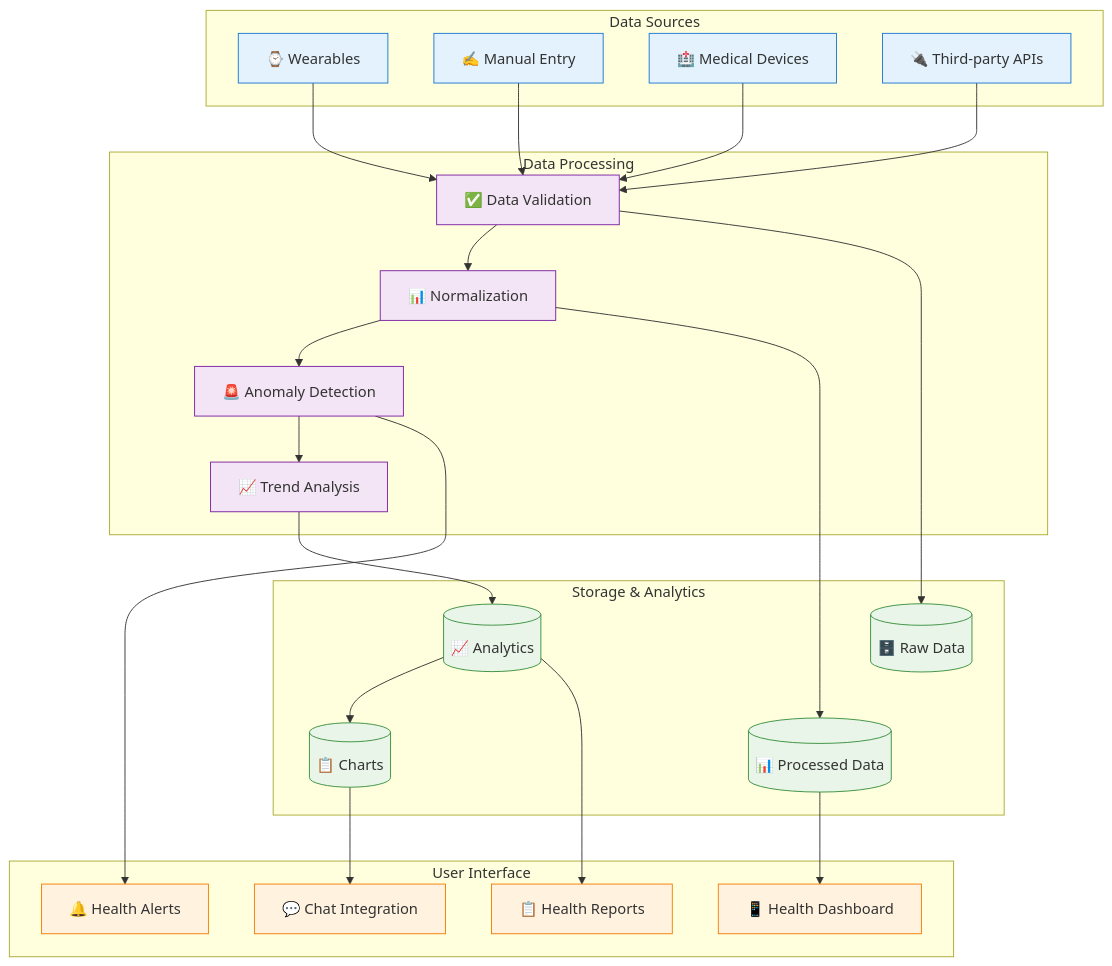
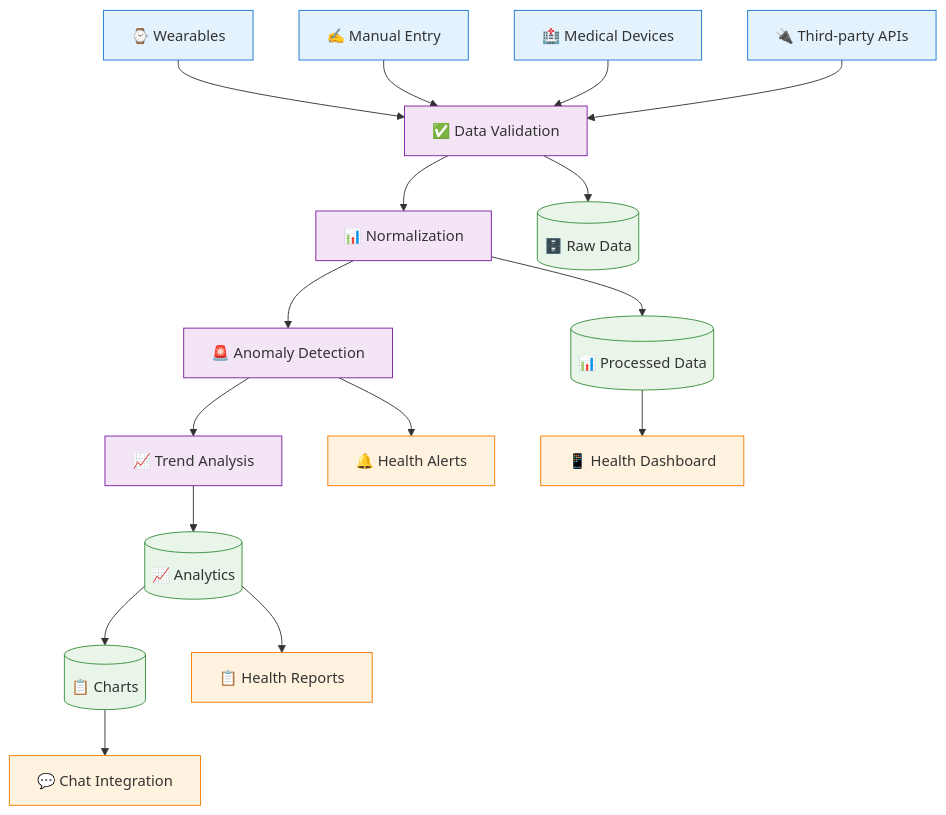
One commit to InflammAI/New-Inflamm-AI-AI changed the fifth of 5 diagrams in database-diagram.md. Above: the diagram before and after it, drawn with Mermaid. The commit also changed other lines of this file, not shown here.

Commit message:
Fix SciCast and Health Data Pipeline Mermaid diagrams
- Changed flowchart TD to graph TD for better compatibility
- Removed complex subgraphs that were causing rendering issues
- Simplified Health Data Pipeline structure
- Maintained all relationships and styling
- Improved diagram rendering across all Mermaid viewers

````diff
--- a/database-diagram.md
+++ b/database-diagram.md
@@ -233,61 +233,57 @@
 ```mermaid
 graph TB
-    subgraph "Data Sources"
-        Wearables[⌚ Wearables]
-        ManualEntry[✍️ Manual Entry]
-        MedicalDevices[🏥 Medical Devices]
-        ThirdPartyAPIs[🔌 Third-party APIs]
-    end
+    %% Data Sources
+    Wearables[⌚ Wearables]
+    ManualEntry[✍️ Manual Entry]
+    MedicalDevices[🏥 Medical Devices]
+    ThirdPartyAPIs[🔌 Third-party APIs]
     
-    subgraph "Data Processing"
-        DataValidation[✅ Data Validation]
-        Normalization[📊 Normalization]
-        AnomalyDetection[🚨 Anomaly Detection]
-        TrendAnalysis[📈 Trend Analysis]
-    end
+    %% Data Processing
+    DataValidation[✅ Data Validation]
+    Normalization[📊 Normalization]
+    AnomalyDetection[🚨 Anomaly Detection]
+    TrendAnalysis[📈 Trend Analysis]
     
-    subgraph "Storage & Analytics"
-        RawData[(🗄️ Raw Data)]
-        ProcessedData[(📊 Processed Data)]
-        Analytics[(📈 Analytics)]
-        Charts[(📋 Charts)]
-    end
+    %% Storage & Analytics
+    RawData[(🗄️ Raw Data)]
+    ProcessedData[(📊 Processed Data)]
+    Analytics[(📈 Analytics)]
+    Charts[(📋 Charts)]
     
-    subgraph "User Interface"
-        Dashboard[📱 Health Dashboard]
-        Alerts[🔔 Health Alerts]
-        Reports[📋 Health Reports]
-        ChatIntegration[💬 Chat Integration]
-    end
+    %% User Interface
+    Dashboard[📱 Health Dashboard]
+    Alerts[🔔 Health Alerts]
+    Reports[📋 Health Reports]
+    ChatIntegration[💬 Chat Integration]
     
     %% Data Flow
     Wearables --> DataValidation
     ManualEntry --> DataValidation
     MedicalDevices --> DataValidation
     ThirdPartyAPIs --> DataValidation
     
     DataValidation --> Normalization
     Normalization --> AnomalyDetection
     AnomalyDetection --> TrendAnalysis
     
     DataValidation --> RawData
     Normalization --> ProcessedData
     TrendAnalysis --> Analytics
     Analytics --> Charts
     
     ProcessedData --> Dashboard
     AnomalyDetection --> Alerts
     Analytics --> Reports
     Charts --> ChatIntegration
     
     %% Styling
     classDef source fill:#e3f2fd,stroke:#1976d2
     classDef processing fill:#f3e5f5,stroke:#7b1fa2
     classDef storage fill:#e8f5e8,stroke:#388e3c
     classDef interface fill:#fff3e0,stroke:#f57c00
     
     class Wearables,ManualEntry,MedicalDevices,ThirdPartyAPIs source
     class DataValidation,Normalization,AnomalyDetection,TrendAnalysis processing
     class RawData,ProcessedData,Analytics,Charts storage
     class Dashboard,Alerts,Reports,ChatIntegration interface
 ```
````
